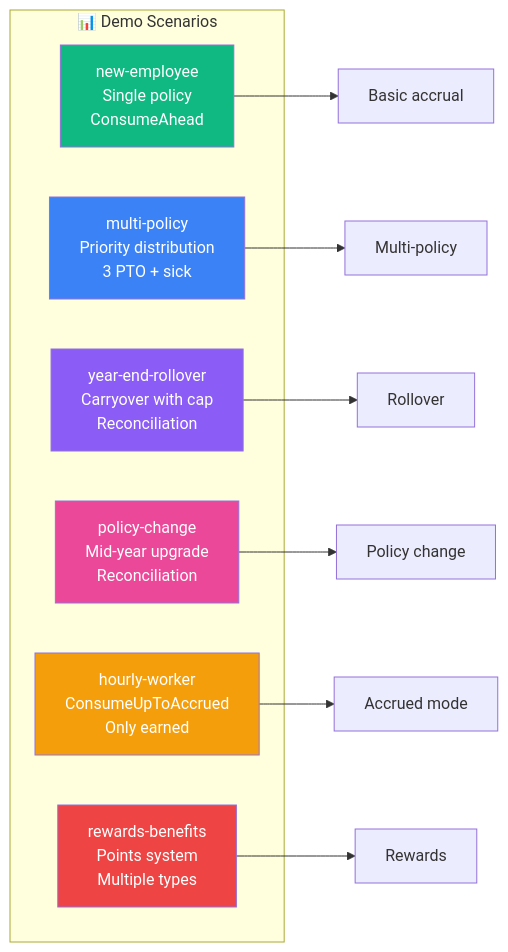
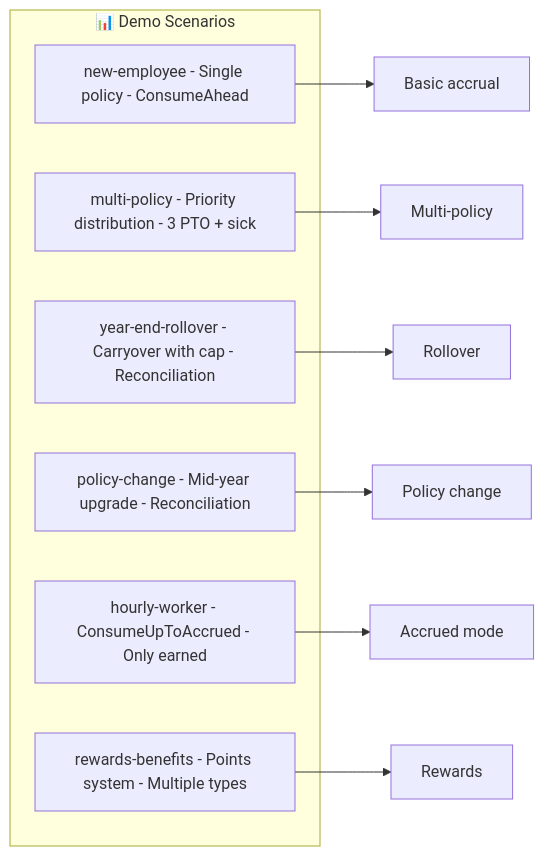
Diagram 14 of 22 in README.md (AntoineToussaint/timeoff), drawn with Mermaid before and after one commit. The commit also changed other lines of this file, not shown here.

First line of the commit message:
Fix Mermaid diagrams for GitHub rendering

````diff
--- a/README.md
+++ b/README.md
@@ -622,25 +592,19 @@
 ```mermaid
 graph LR
     subgraph Scenarios["📊 Demo Scenarios"]
-        S1[new-employee<br/>Single policy<br/>ConsumeAhead]
-        S2[multi-policy<br/>Priority distribution<br/>3 PTO + sick]
-        S3[year-end-rollover<br/>Carryover with cap<br/>Reconciliation]
-        S4[policy-change<br/>Mid-year upgrade<br/>Reconciliation]
-        S5[hourly-worker<br/>ConsumeUpToAccrued<br/>Only earned]
-        S6[rewards-benefits<br/>Points system<br/>Multiple types]
+        S1[new-employee - Single policy - ConsumeAhead]
+        S2[multi-policy - Priority distribution - 3 PTO + sick]
+        S3[year-end-rollover - Carryover with cap - Reconciliation]
+        S4[policy-change - Mid-year upgrade - Reconciliation]
+        S5[hourly-worker - ConsumeUpToAccrued - Only earned]
+        S6[rewards-benefits - Points system - Multiple types]
     end
     
     S1 --> FEAT1[Basic accrual]
     S2 --> FEAT2[Multi-policy]
     S3 --> FEAT3[Rollover]
     S4 --> FEAT4[Policy change]
     S5 --> FEAT5[Accrued mode]
     S6 --> FEAT6[Rewards]
     
-    style S1 fill:#10b981,color:#fff
-    style S2 fill:#3b82f6,color:#fff
-    style S3 fill:#8b5cf6,color:#fff
-    style S4 fill:#ec4899,color:#fff
-    style S5 fill:#f59e0b,color:#fff
-    style S6 fill:#ef4444,color:#fff
 ```
````
